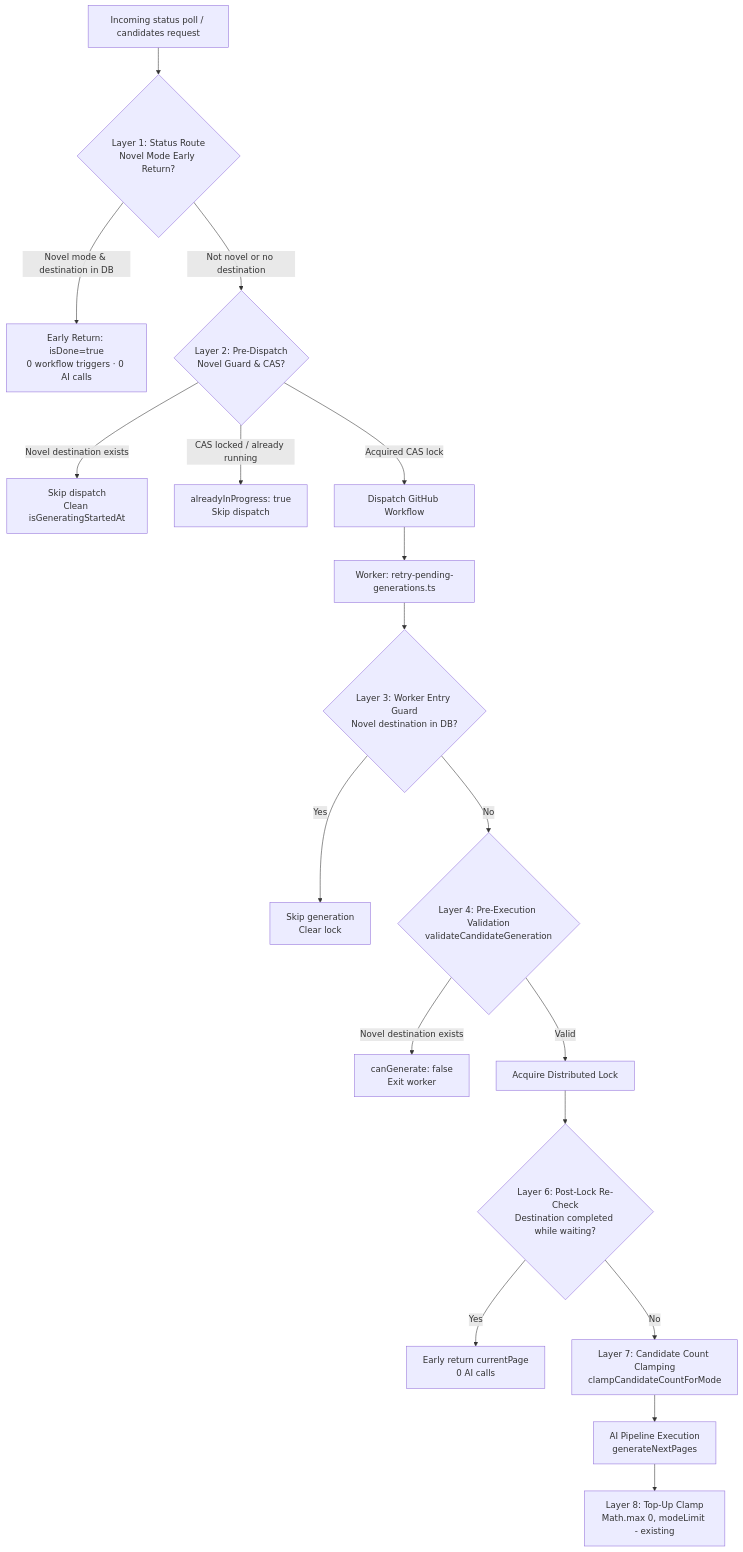
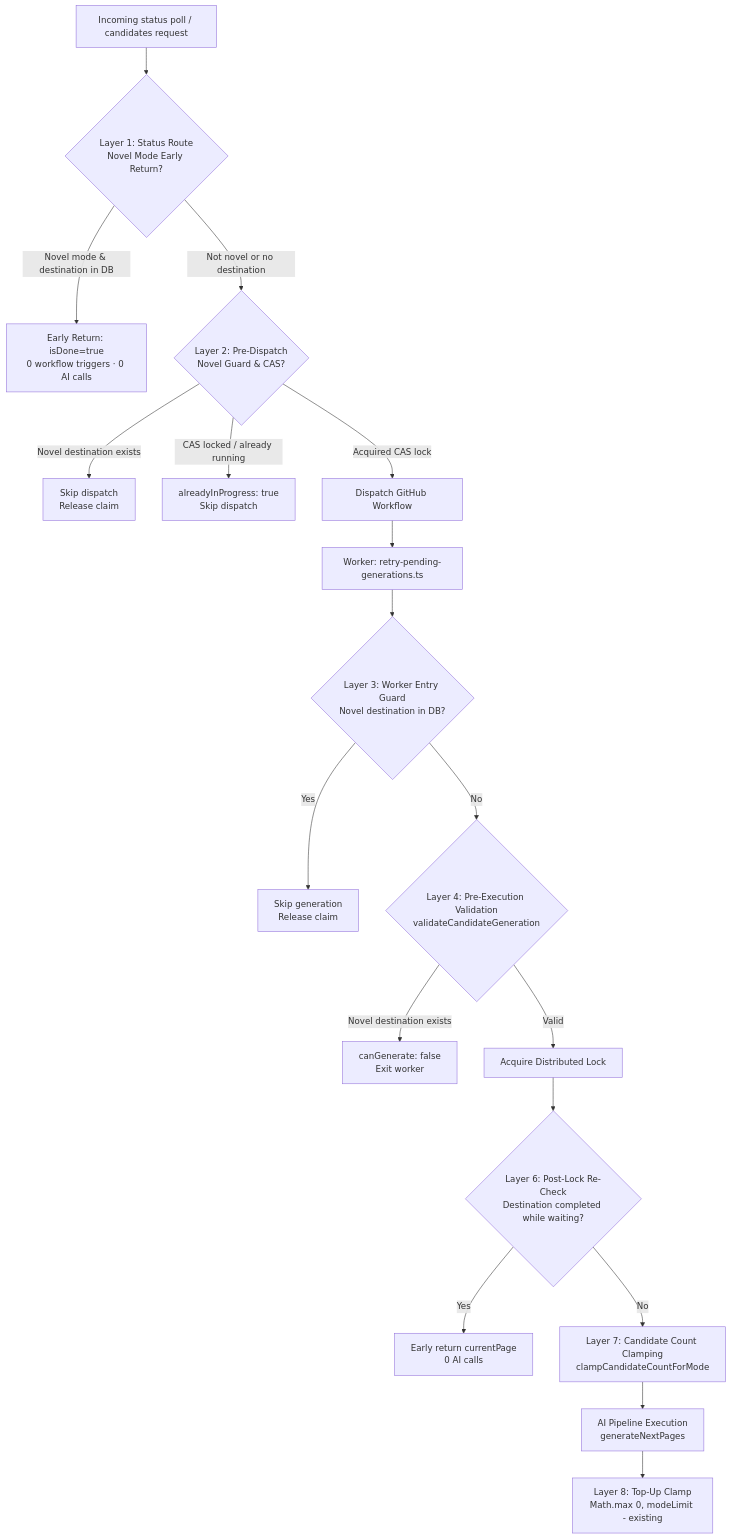
One commit to txufiknr/Twistloom-backend changed the first of 3 diagrams in docs/architecture/ASYNC_CANDIDATE_GENERATION_ARCHITECTURE.md. Above: the diagram before and after it, drawn with Mermaid. The commit also changed other lines of this file and 5 other files, not shown here.

Commit message:
fix(candidate): generation claim release retry

````diff
--- a/docs/architecture/ASYNC_CANDIDATE_GENERATION_ARCHITECTURE.md
+++ b/docs/architecture/ASYNC_CANDIDATE_GENERATION_ARCHITECTURE.md
@@ -98,25 +100,25 @@
 ```mermaid
 flowchart TD
     REQ[Incoming status poll / candidates request] --> L1{Layer 1: Status Route<br/>Novel Mode Early Return?}
     L1 -- "Novel mode & destination in DB" --> RET1[Early Return: isDone=true<br/>0 workflow triggers · 0 AI calls]
     L1 -- "Not novel or no destination" --> L2{Layer 2: Pre-Dispatch<br/>Novel Guard & CAS?}
 
-    L2 -- "Novel destination exists" --> RET2[Skip dispatch<br/>Clean isGeneratingStartedAt]
+    L2 -- "Novel destination exists" --> RET2[Skip dispatch<br/>Release claim]
     L2 -- "CAS locked / already running" --> RET3[alreadyInProgress: true<br/>Skip dispatch]
     L2 -- "Acquired CAS lock" --> DISPATCH[Dispatch GitHub Workflow]
 
     DISPATCH --> CRON[Worker: retry-pending-generations.ts]
     CRON --> L3{Layer 3: Worker Entry Guard<br/>Novel destination in DB?}
-    L3 -- "Yes" --> RET4[Skip generation<br/>Clear lock]
+    L3 -- "Yes" --> RET4[Skip generation<br/>Release claim]
     L3 -- "No" --> L4{Layer 4: Pre-Execution Validation<br/>validateCandidateGeneration}
 
     L4 -- "Novel destination exists" --> RET5[canGenerate: false<br/>Exit worker]
     L4 -- "Valid" --> L5[Acquire Distributed Lock]
 
     L5 --> L6{Layer 6: Post-Lock Re-Check<br/>Destination completed while waiting?}
     L6 -- "Yes" --> RET6[Early return currentPage<br/>0 AI calls]
     L6 -- "No" --> L7[Layer 7: Candidate Count Clamping<br/>clampCandidateCountForMode]
 
     L7 --> AI[AI Pipeline Execution<br/>generateNextPages]
     AI --> L8[Layer 8: Top-Up Clamp<br/>Math.max 0, modeLimit - existing]
 ```
````
